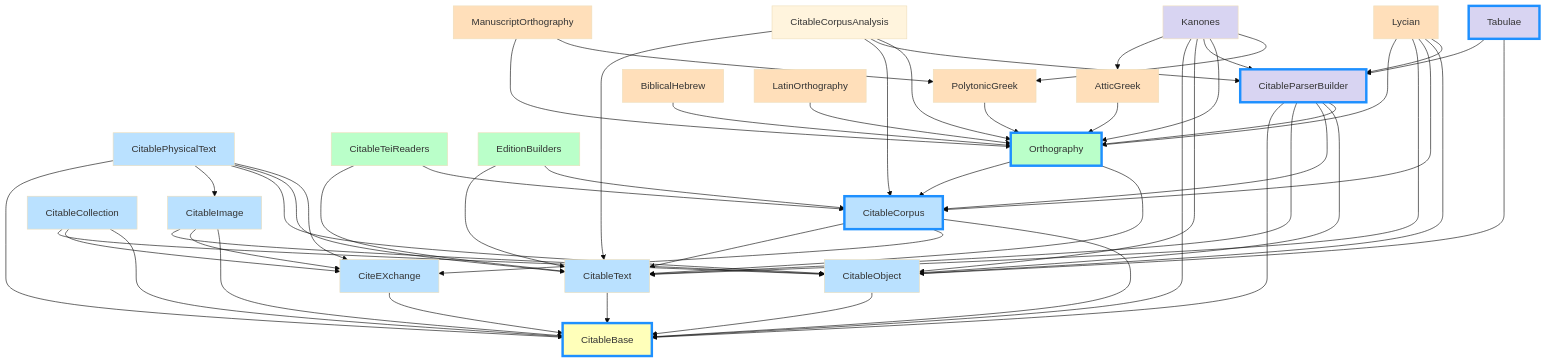
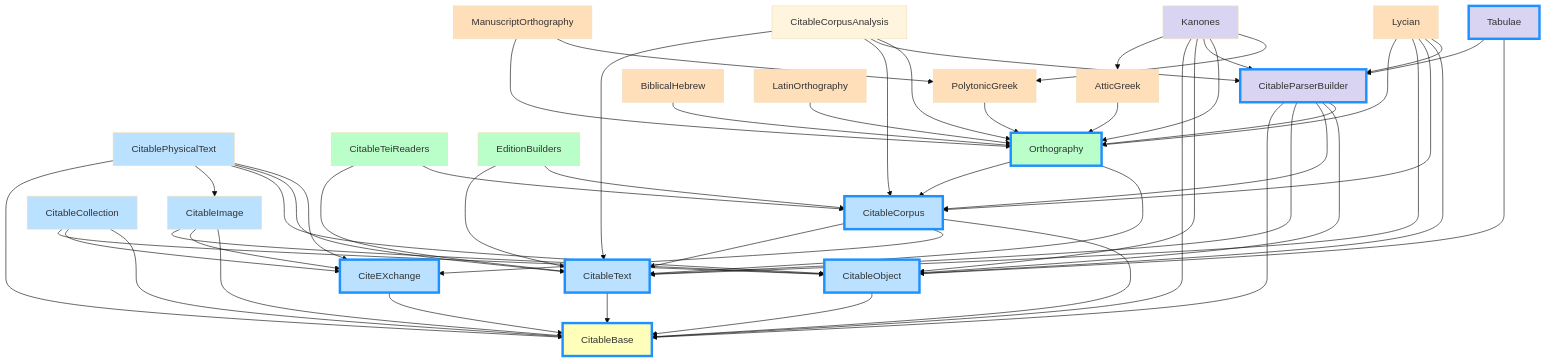
Before and after one commit to neelsmith/quart-home: the first of 3 diagrams in digschol/pkg_graph/index.qmd, drawn with Mermaid (base theme). The commit also changed other lines of this file, not shown here.

Commit message:
Update graph

````diff
--- a/digschol/pkg_graph/index.qmd
+++ b/digschol/pkg_graph/index.qmd
@@ -7,8 +7,12 @@
 ```{mermaid}
 graph TD;
 CitableText --> CitableBase
+click CitableText "https://neelsmith.quarto.pub/citabletext/" "Citing texts"
 CitableObject --> CitableBase
+click CitableObject "https://neelsmith.quarto.pub/citableobject/" "Citing objects"
 CiteEXchange --> CitableBase
+click CiteEXchange "https://neelsmith.quarto.pub/citeexchange/" "Serializing citable data"
+
 
 CitableCorpus --> CitableText
 CitableCorpus --> CiteEXchange
@@ -17,6 +21,7 @@
 
 CitableCollection --> CitableObject
 CitableCollection --> CiteEXchange
+
 CitableCollection --> CitableBase
 
 
@@ -105,5 +110,5 @@
 classDef morph fill:#d8d4f2
 class CitableParserBuilder,Kanones,Tabulae morph
 
-class CitableBase,CitableCorpus,Orthography,CitableParserBuilder,Tabulae quarto
+class CitableBase,CitableText,CitableObject,CiteEXchange,CitableCorpus,Orthography,CitableParserBuilder,Tabulae quarto
 ```
````
